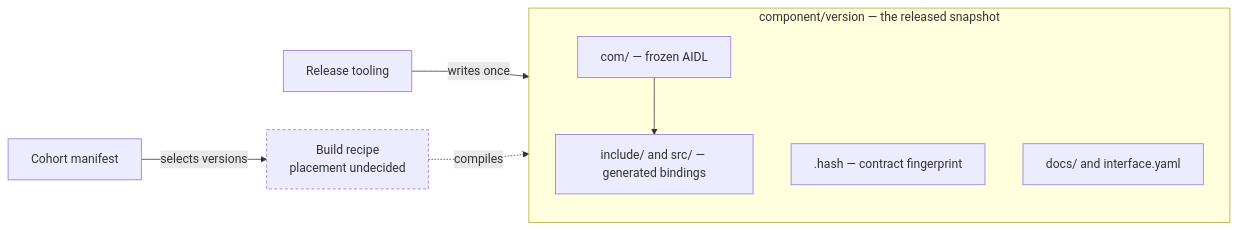
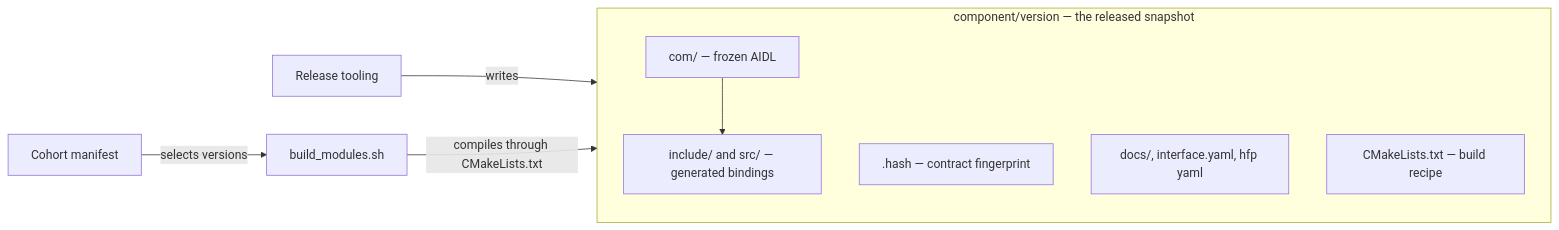
One commit to rdkcentral/rdk-halif-aidl changed the second of 3 diagrams in docs/architecture/hla-released-snapshot-contents.md. Above: the diagram before and after it, drawn with Mermaid. The commit also changed other lines of this file, not shown here.

First line of the commit message:
docs(architecture): describe the snapshot as it stands on develop (#797)

````diff
--- a/docs/architecture/hla-released-snapshot-contents.md
+++ b/docs/architecture/hla-released-snapshot-contents.md
@@ -151,20 +152,20 @@
 ```mermaid
 flowchart LR
     subgraph SNAP["component/version — the released snapshot"]
         direction TB
         A["com/ — frozen AIDL"]
         H[".hash — contract fingerprint"]
         B["include/ and src/ — generated bindings"]
-        D["docs/ and interface.yaml"]
+        D["docs/, interface.yaml, hfp yaml"]
+        C["CMakeLists.txt — build recipe"]
     end
 
     Rel["Release tooling"]
     M["Cohort manifest"]
-    R["Build recipe<br/>placement undecided"]:::open
+    Build["build_modules.sh"]
 
-    Rel -->|"writes once"| SNAP
+    Rel -->|"writes"| SNAP
     A --> B
-    M -->|"selects versions"| R
-    R -.->|"compiles"| SNAP
-    classDef open stroke-dasharray: 4 3
+    M -->|"selects versions"| Build
+    Build -->|"compiles through CMakeLists.txt"| SNAP
 ```
````
